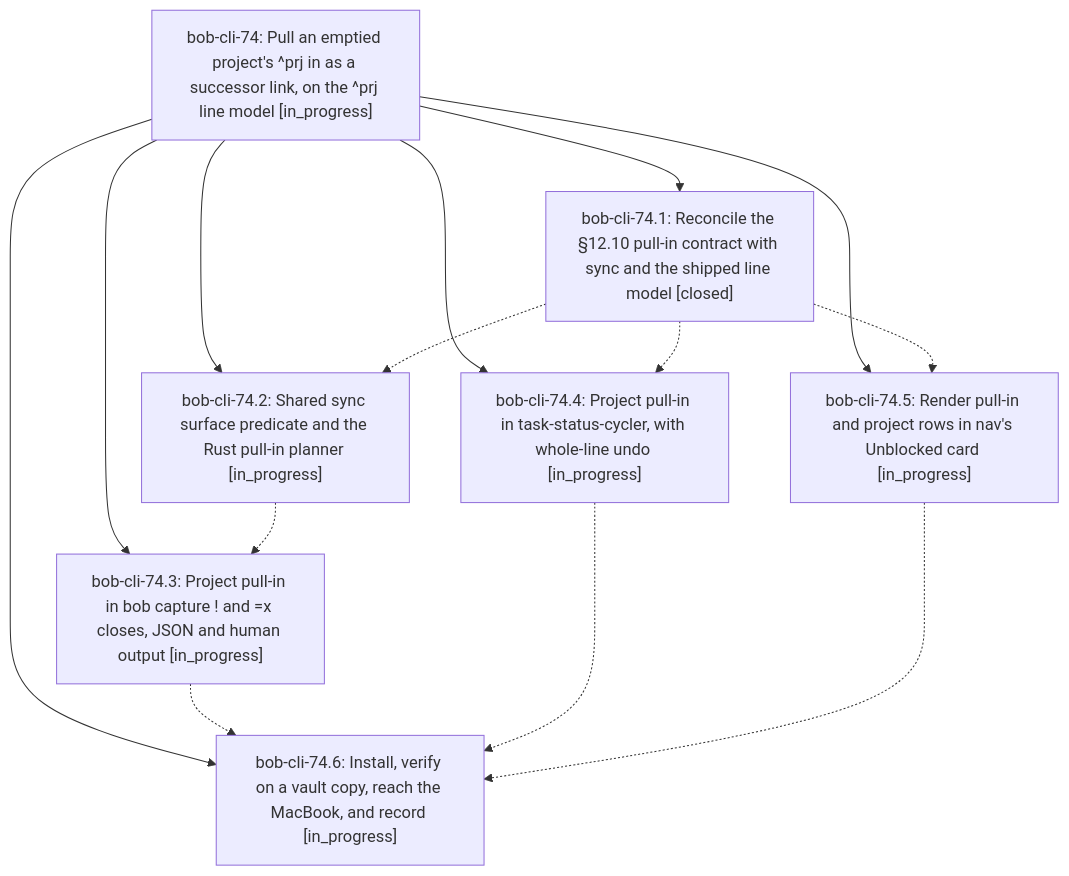
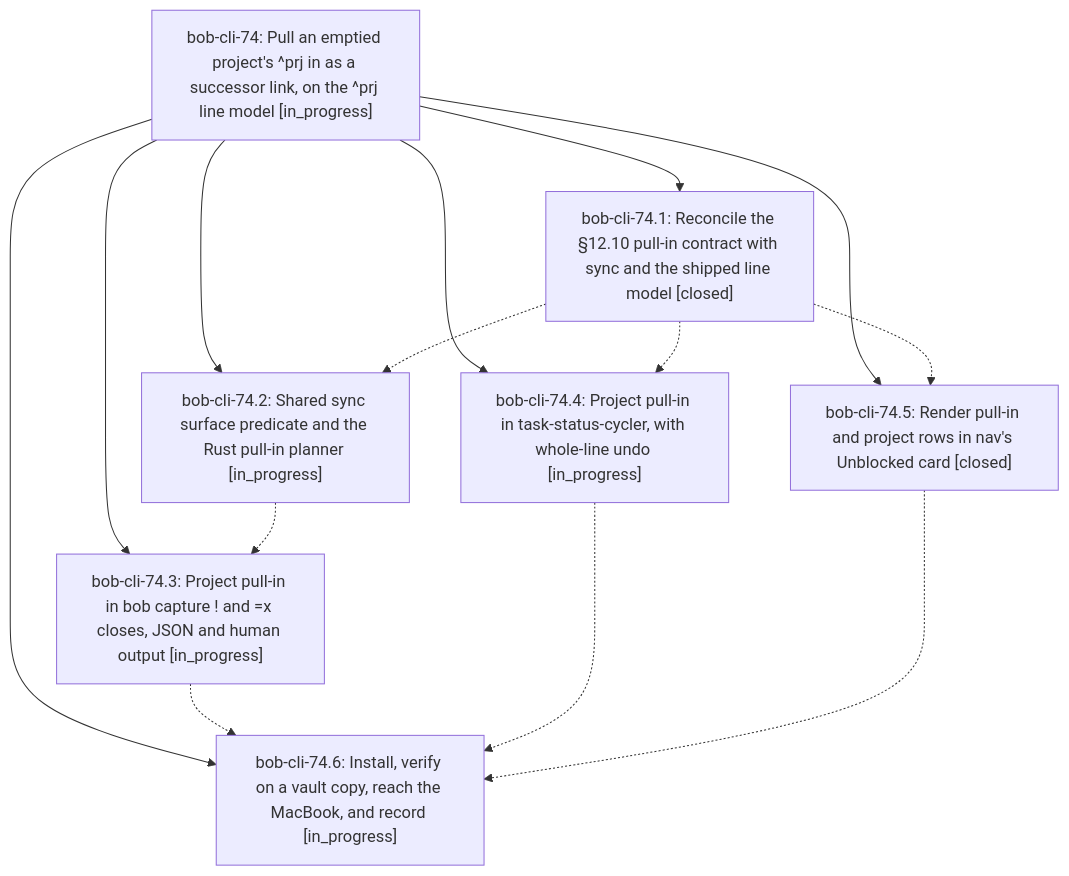
One commit to bobs-org/bob-cli--beads changed the diagram in pages/bob-cli-74/README.md. Above: the diagram before and after it, drawn with Mermaid. The commit also changed other lines of this file and 3 other files, not shown here.

First line of the commit message:
chore(beads): sync bead state and pages for bob-cli-74

````diff
--- a/pages/bob-cli-74/README.md
+++ b/pages/bob-cli-74/README.md
@@ -27,23 +41,23 @@
 ```mermaid
 flowchart TD
     n0["bob-cli-74: Pull an emptied project's ^prj in as a successor link, on the ^prj line model [in_progress]"]
     n1["bob-cli-74.1: Reconcile the §12.10 pull-in contract with sync and the shipped line model [closed]"]
     n2["bob-cli-74.2: Shared sync surface predicate and the Rust pull-in planner [in_progress]"]
     n3["bob-cli-74.3: Project pull-in in bob capture ! and =x closes, JSON and human output [in_progress]"]
     n4["bob-cli-74.4: Project pull-in in task-status-cycler, with whole-line undo [in_progress]"]
-    n5["bob-cli-74.5: Render pull-in and project rows in nav's Unblocked card [in_progress]"]
+    n5["bob-cli-74.5: Render pull-in and project rows in nav's Unblocked card [closed]"]
     n6["bob-cli-74.6: Install, verify on a vault copy, reach the MacBook, and record [in_progress]"]
     n0 --> n1
     n0 --> n2
     n0 --> n3
     n0 --> n4
     n0 --> n5
     n0 --> n6
     n1 -.-> n2
     n1 -.-> n4
     n1 -.-> n5
     n2 -.-> n3
     n3 -.-> n6
     n4 -.-> n6
     n5 -.-> n6
 ```
````
